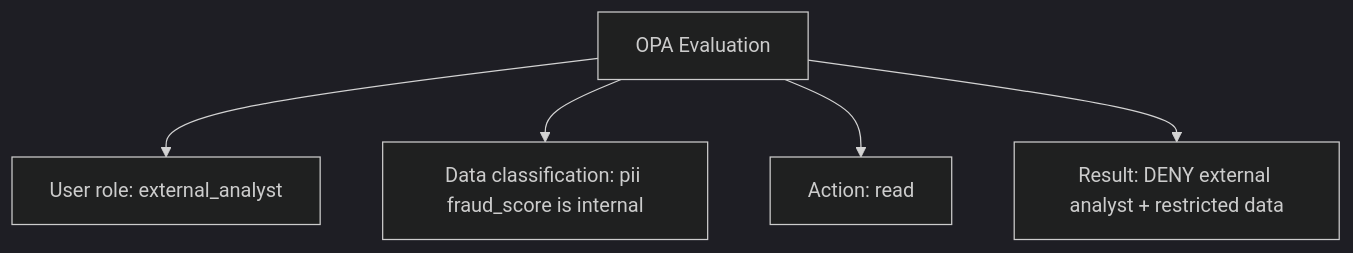
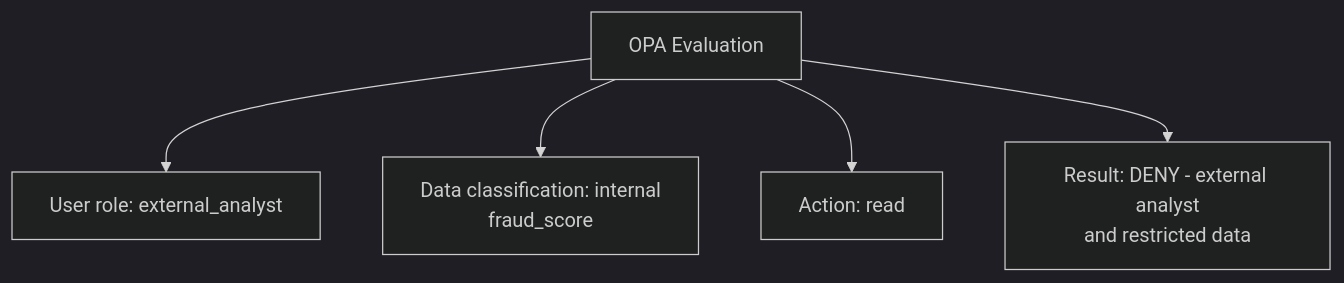
One commit to naren-chakraview/chakraview-fintech-data-mesh changed the first of 2 diagrams in docs/architecture/data-mesh-principles.md. Above: the diagram before and after it, drawn with Mermaid (dark theme). The commit also changed other lines of this file and 21 other files, not shown here.

First line of the commit message:
Fix mermaid diagram rendering issues in fintech data mesh documentation

````diff
--- a/docs/architecture/data-mesh-principles.md
+++ b/docs/architecture/data-mesh-principles.md
@@ -77,8 +77,8 @@
 ```mermaid
 graph TD
     A["OPA Evaluation"]
     A --> A1["User role: external_analyst"]
-    A --> A2["Data classification: pii fraud_score is internal"]
+    A --> A2["Data classification: internal<br/>fraud_score"]
     A --> A3["Action: read"]
-    A --> A4["Result: DENY external analyst + restricted data"]
+    A --> A4["Result: DENY - external analyst<br/>and restricted data"]
 ```
````
